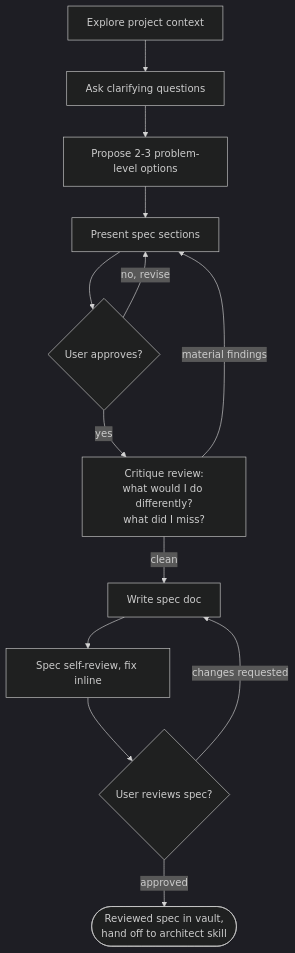
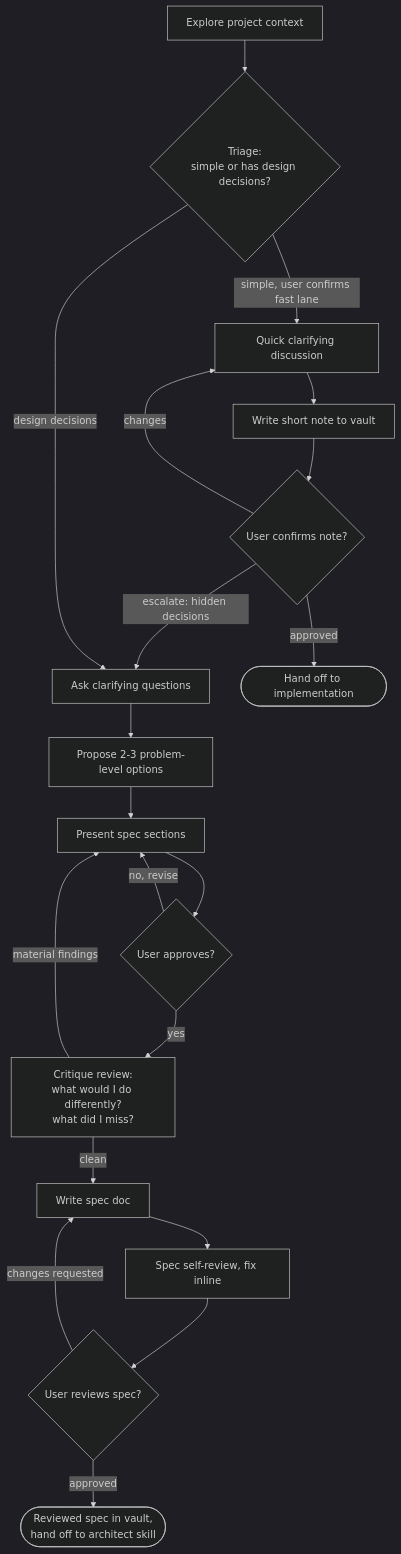
One commit to ycastorium/bionic-castor changed the diagram in skills/brainstorming/SKILL.md. Above: the diagram before and after it, drawn with Mermaid (dark theme). The commit also changed other lines of this file and 6 other files, not shown here.

Commit message:
Add jujutsu skill; brainstorming fast lane; jj detection in implementing-tasks

````diff
--- a/skills/brainstorming/SKILL.md
+++ b/skills/brainstorming/SKILL.md
@@ -35,15 +76,22 @@
 ```mermaid
 flowchart TD
-    explore[Explore project context] --> questions[Ask clarifying questions]
+    explore[Explore project context] --> triage{Triage:<br>simple or has design decisions?}
+    triage -- simple, user confirms fast lane --> fastdiscuss[Quick clarifying discussion]
+    fastdiscuss --> note[Write short note to vault]
+    note --> noteok{User confirms note?}
+    noteok -- changes --> fastdiscuss
+    noteok -- escalate: hidden decisions --> questions
+    noteok -- approved --> impl([Hand off to implementation])
+    triage -- design decisions --> questions[Ask clarifying questions]
     questions --> approaches[Propose 2-3 problem-level options]
     approaches --> present[Present spec sections]
     present --> approve{User approves?}
     approve -- no, revise --> present
     approve -- yes --> critique[Critique review:<br>what would I do differently?<br>what did I miss?]
     critique -- material findings --> present
     critique -- clean --> write[Write spec doc]
     write --> selfreview[Spec self-review, fix inline]
     selfreview --> specreview{User reviews spec?}
     specreview -- changes requested --> write
     specreview -- approved --> done([Reviewed spec in vault,<br>hand off to architect skill])
 ```
````
